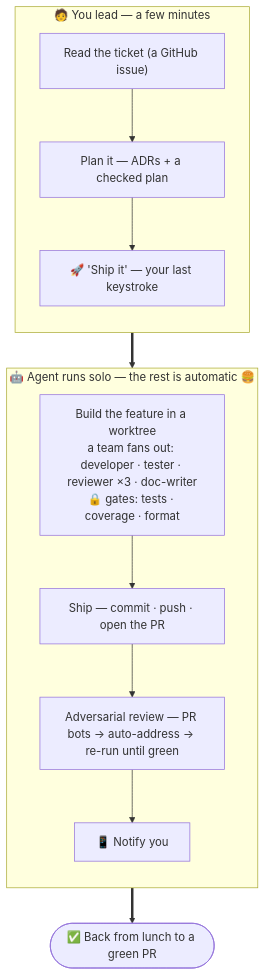
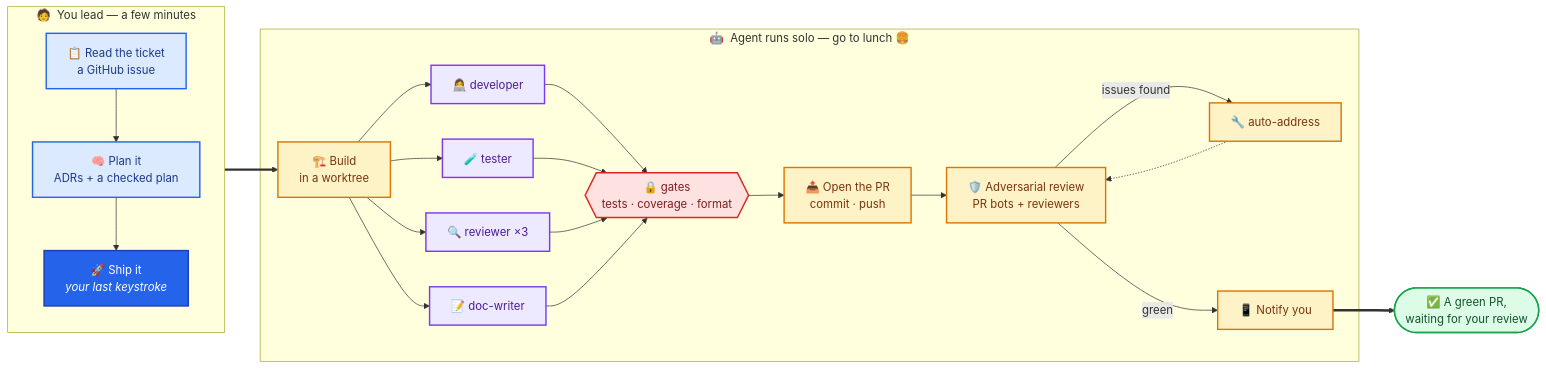
The diagram in README.md (kylehoehns/dugout), drawn with Mermaid before and after one commit.

Commit message:
README: make the end-game diagram wider and bolder
Left-to-right flow, the sub-agent team shown as parallel nodes, a real
review loop, and color-coded phases so it reads as the payoff it is.

````diff
--- a/README.md
+++ b/README.md
@@ -99,19 +99,41 @@
 ```mermaid
-flowchart TD
-    subgraph you["🧑 You lead — a few minutes"]
+flowchart LR
+    subgraph you["🧑 &nbsp;You lead — a few minutes"]
         direction TB
-        T["Read the ticket (a GitHub issue)"] --> P["Plan it — ADRs + a checked plan"]
-        P --> K["🚀 'Ship it' — your last keystroke"]
+        T["📋 Read the ticket<br/>a GitHub issue"] --> P["🧠 Plan it<br/>ADRs + a checked plan"]
+        P --> K["🚀 Ship it<br/><i>your last keystroke</i>"]
+    end
+
+    subgraph bot["🤖 &nbsp;Agent runs solo — go to lunch 🍔"]
+        B["🏗️ Build<br/>in a worktree"] --> DEV["👩‍💻 developer"]
+        B --> TST["🧪 tester"]
+        B --> REV["🔍 reviewer ×3"]
+        B --> DOC["📝 doc-writer"]
+        DEV --> G{{"🔒 gates<br/>tests · coverage · format"}}
+        TST --> G
+        REV --> G
+        DOC --> G
+        G --> PR["📤 Open the PR<br/>commit · push"]
+        PR --> RV["🛡️ Adversarial review<br/>PR bots + reviewers"]
+        RV -->|"issues found"| FIX["🔧 auto-address"]
+        FIX -.-> RV
+        RV -->|"green"| N["📱 Notify you"]
     end
 
     K ==> B
+    N ==> DONE(["✅ A green PR,<br/>waiting for your review"])
 
-    subgraph bot["🤖 Agent runs solo — the rest is automatic 🍔"]
-        direction TB
-        B["Build the feature in a worktree<br/>a team fans out: developer · tester · reviewer ×3 · doc-writer<br/>🔒 gates: tests · coverage · format"] --> S["Ship — commit · push · open the PR"]
-        S --> R["Adversarial review — PR bots → auto-address → re-run until green"]
-        R --> N["📱 Notify you"]
-    end
+    classDef human fill:#dbeafe,stroke:#2563eb,stroke-width:2px,color:#1e3a8a
+    classDef ship fill:#2563eb,stroke:#1e40af,stroke-width:2px,color:#ffffff
+    classDef build fill:#fef3c7,stroke:#d97706,stroke-width:2px,color:#78350f
+    classDef team fill:#ede9fe,stroke:#7c3aed,stroke-width:2px,color:#4c1d95
+    classDef gate fill:#fee2e2,stroke:#dc2626,stroke-width:2px,color:#7f1d1d
+    classDef done fill:#dcfce7,stroke:#16a34a,stroke-width:2px,color:#14532d
 
-    N ==> DONE(["✅ Back from lunch to a green PR"])
+    class T,P human
+    class K ship
+    class B,PR,RV,FIX,N build
+    class DEV,TST,REV,DOC team
+    class G gate
+    class DONE done
 ```
````
